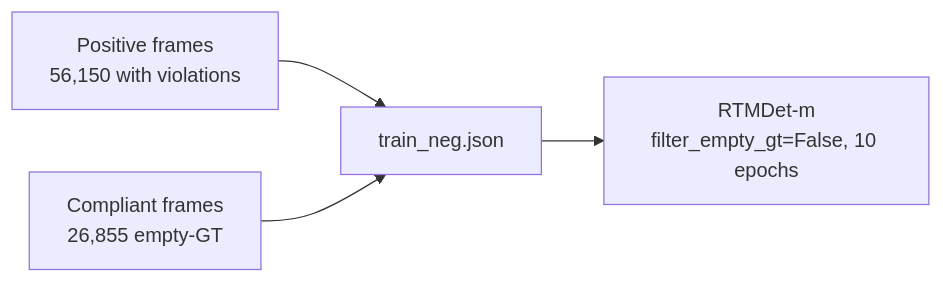
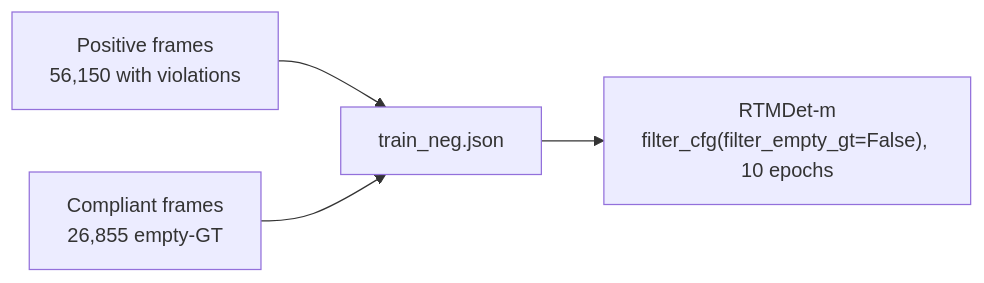
Before and after one commit to youngunghan/scitechblog: the third of 3 diagrams in _posts/2026-06-11-rtmdet-safety-gear-false-positives.md, drawn with Mermaid. The commit also changed other lines of this file and 1 other file, not shown here.

First line of the commit message:
fix(posts): apply review corrections to RTMDet project and review posts

````diff
--- a/_posts/2026-06-11-rtmdet-safety-gear-false-positives.md
+++ b/_posts/2026-06-11-rtmdet-safety-gear-false-positives.md
@@ -141,6 +141,6 @@
 ```mermaid
 flowchart LR
     P["Positive frames<br/>56,150 with violations"] --> T["train_neg.json"]
     N["Compliant frames<br/>26,855 empty-GT"] --> T
-    T --> M["RTMDet-m<br/>filter_empty_gt=False, 10 epochs"]
+    T --> M["RTMDet-m<br/>filter_cfg(filter_empty_gt=False), 10 epochs"]
 ```
````
